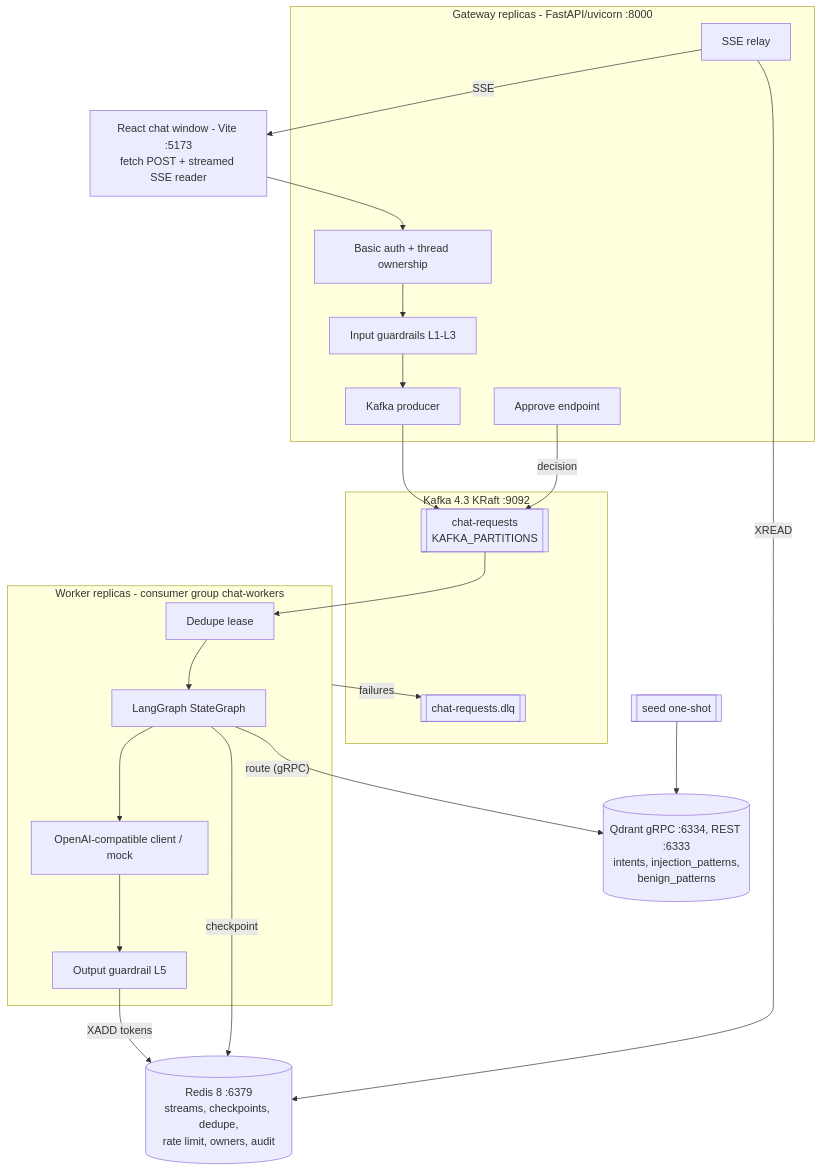
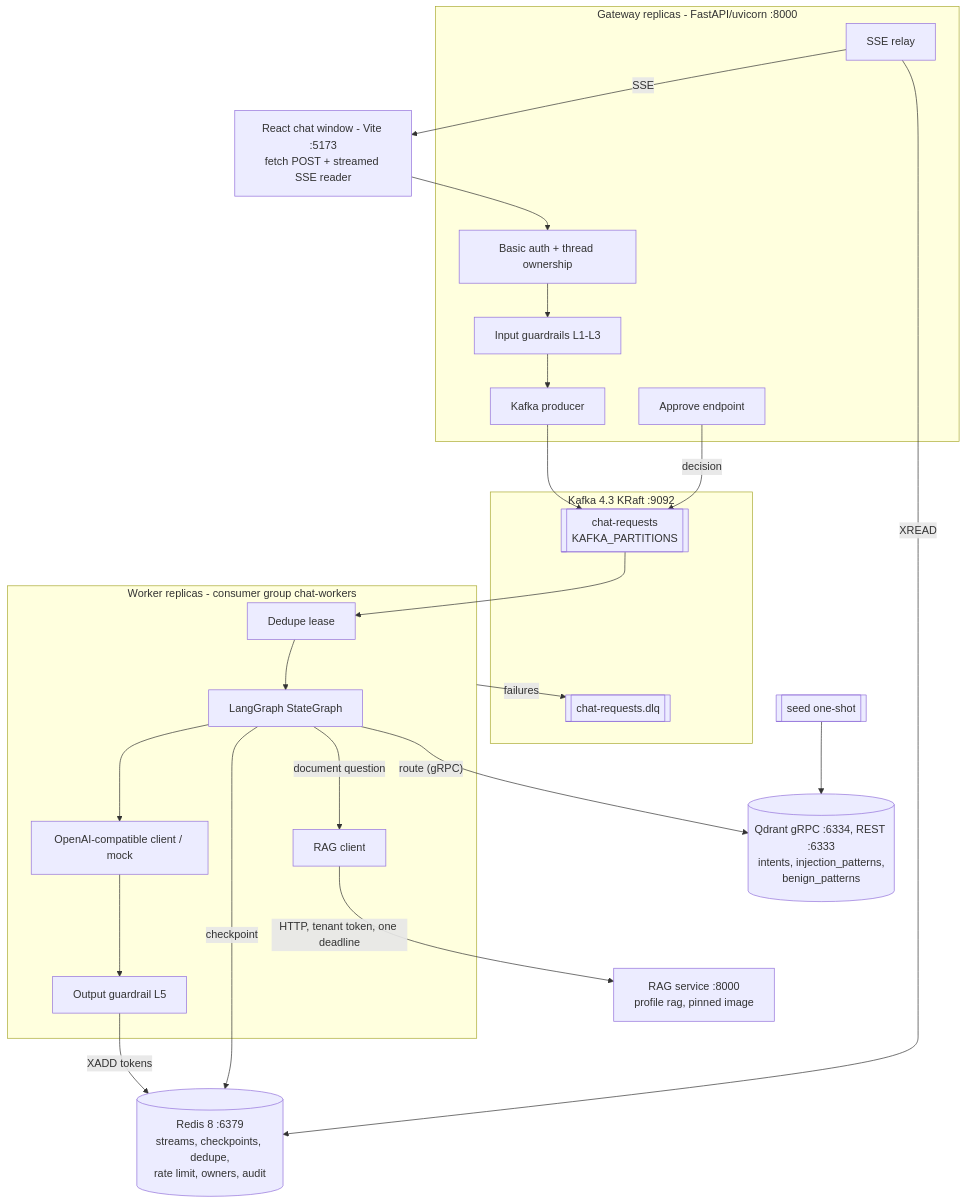
The second of 2 diagrams in docs/architecture/HLD.md (jayakumar-devaraj/enterprise-agentic-event-driven-chatbot), drawn with Mermaid before and after one commit. The commit also changed other lines of this file and 5 other files, not shown here.

First line of the commit message:
Document the RAG integration: ADR 0010, HLD, LLD, README, limitations

````diff
--- a/docs/architecture/HLD.md
+++ b/docs/architecture/HLD.md
@@ -40,34 +41,37 @@
 ```mermaid
 flowchart TB
   ui[React chat window - Vite :5173<br/>fetch POST + streamed SSE reader]
   subgraph edge[Gateway replicas - FastAPI/uvicorn :8000]
     auth[Basic auth + thread ownership]
     guard[Input guardrails L1-L3]
     prod[Kafka producer]
     sse[SSE relay]
     appr[Approve endpoint]
   end
   subgraph bus[Kafka 4.3 KRaft :9092]
     req[[chat-requests<br/>KAFKA_PARTITIONS]]
     dlq[[chat-requests.dlq]]
   end
   subgraph work[Worker replicas - consumer group chat-workers]
     dedupe[Dedupe lease]
     lg[LangGraph StateGraph]
     llm[OpenAI-compatible client / mock]
     outg[Output guardrail L5]
+    ragc[RAG client]
   end
   redis[(Redis 8 :6379<br/>streams, checkpoints, dedupe,<br/>rate limit, owners, audit)]
   qdrant[(Qdrant gRPC :6334, REST :6333<br/>intents, injection_patterns,<br/>benign_patterns)]
   seed[[seed one-shot]]
+  ragsvc[RAG service :8000<br/>profile rag, pinned image]
   auth --> guard --> prod --> req --> dedupe --> lg --> llm --> outg
   ui --> auth
   sse -- SSE --> ui
   lg -- "route (gRPC)" --> qdrant
+  lg -- "document question" --> ragc -- "HTTP, tenant token, one deadline" --> ragsvc
   outg -- XADD tokens --> redis
   lg -- checkpoint --> redis
   sse -- XREAD --> redis
   appr -- decision --> req
   work -- failures --> dlq
   seed --> qdrant
 ```
````
